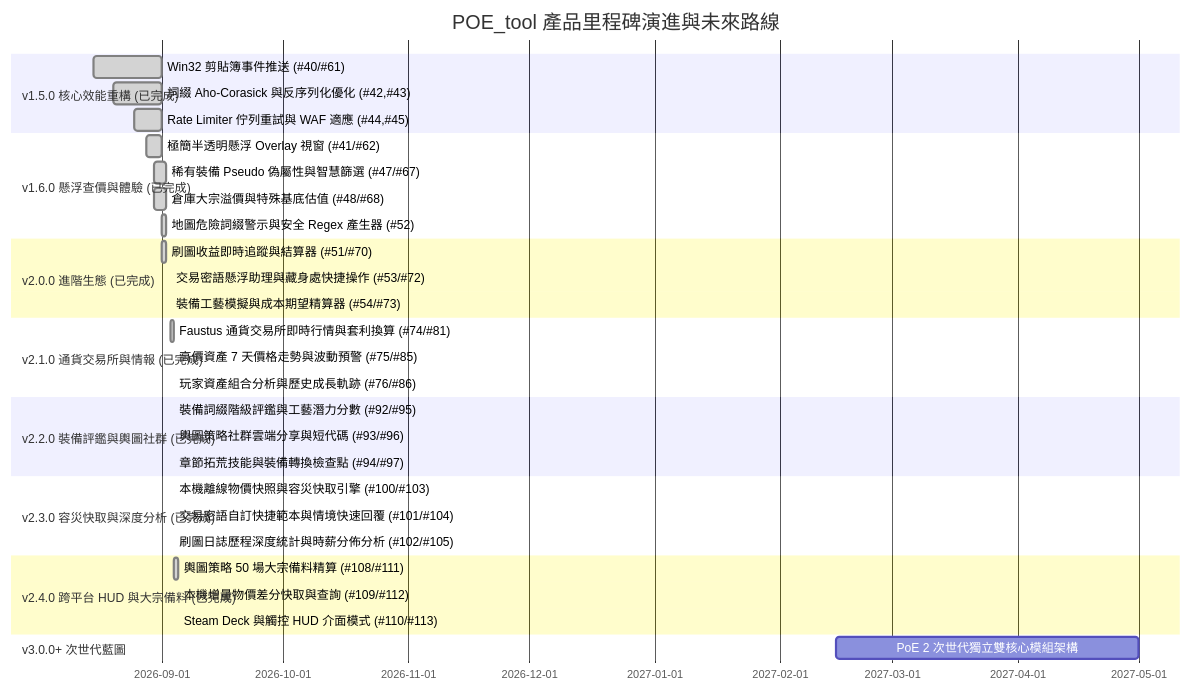
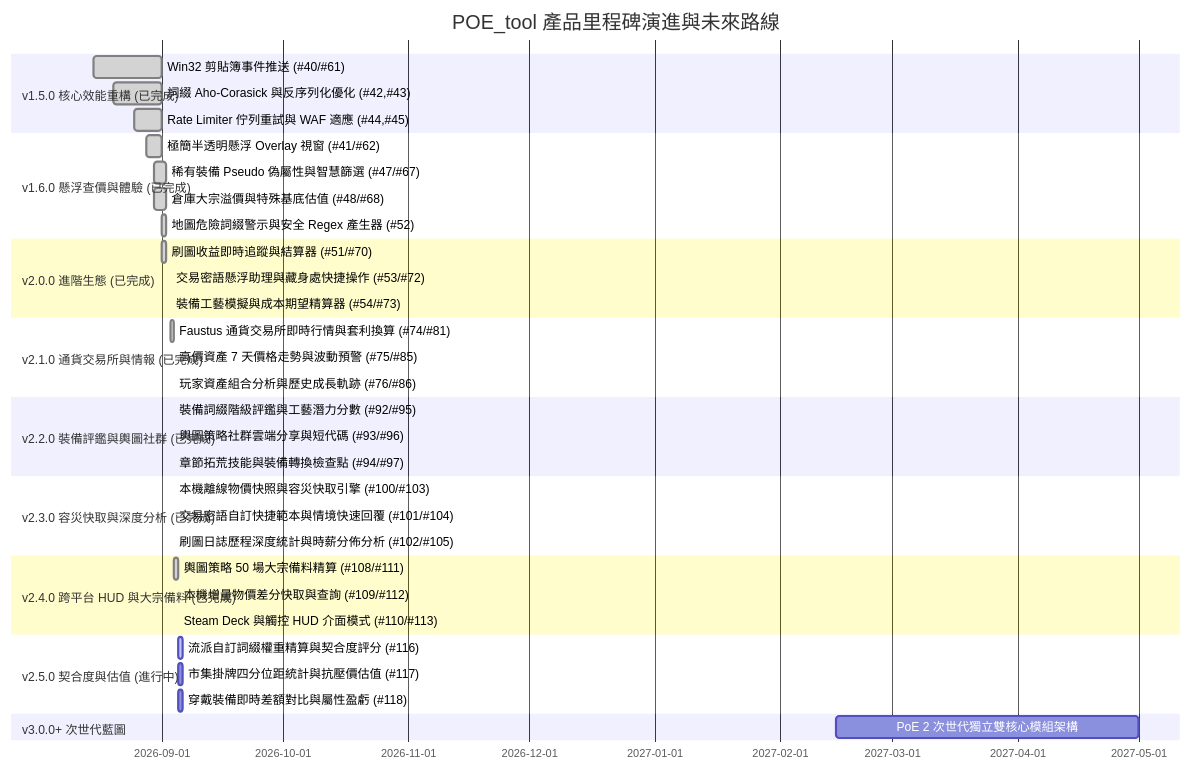
Before and after one commit to saijo0404/POE-tool: the diagram in ROADMAP.md, drawn with Mermaid. The commit also changed other lines of this file, not shown here.

Commit message:
docs(roadmap): 規劃 Milestone 8 (v2.5.0) 核心項目與里程碑藍圖

````diff
--- a/ROADMAP.md
+++ b/ROADMAP.md
@@ -50,36 +53,40 @@
 ```mermaid
 gantt
     title POE_tool 產品里程碑演進與未來路線
     dateFormat  YYYY-MM-DD
     section v1.5.0 核心效能重構 (已完成)
     Win32 剪貼簿事件推送 (#40/#61)           :done,    m1_1, 2026-08-15, 2026-09-01
     詞綴 Aho-Corasick 與反序列化優化 (#42,#43) :done,    m1_2, 2026-08-20, 2026-09-01
     Rate Limiter 佇列重試與 WAF 適應 (#44,#45)  :done,    m1_3, 2026-08-25, 2026-09-01
     section v1.6.0 懸浮查價與體驗 (已完成)
     極簡半透明懸浮 Overlay 視窗 (#41/#62)     :done,    m2_1, 2026-08-28, 2026-09-01
     稀有裝備 Pseudo 偽屬性與智慧篩選 (#47/#67) :done,    m2_2, 2026-08-30, 2026-09-02
     倉庫大宗溢價與特殊基底估值 (#48/#68)      :done,    m2_3, 2026-08-30, 2026-09-02
     地圖危險詞綴警示與安全 Regex 產生器 (#52)  :done,    m2_4, 2026-09-01, 2026-09-02
     section v2.0.0 進階生態 (已完成)
     刷圖收益即時追蹤與結算器 (#51/#70)        :done,    m3_1, 2026-09-01, 2026-09-02
     交易密語懸浮助理與藏身處快捷操作 (#53/#72) :done,    m3_2, 2026-09-03, 2026-09-03
     裝備工藝模擬與成本期望精算器 (#54/#73)     :done,    m3_3, 2026-09-03, 2026-09-03
     section v2.1.0 通貨交易所與情報 (已完成)
     Faustus 通貨交易所即時行情與套利換算 (#74/#81) :done,    m4_1, 2026-09-03, 2026-09-04
     高價資產 7 天價格走勢與波動預警 (#75/#85)     :done,    m4_2, 2026-09-04, 2026-09-04
     玩家資產組合分析與歷史成長軌跡 (#76/#86)       :done,    m4_3, 2026-09-04, 2026-09-04
     section v2.2.0 裝備評鑑與輿圖社群 (已完成)
     裝備詞綴階級評鑑與工藝潛力分數 (#92/#95)     :done,    m5_1, 2026-09-04, 2026-09-04
     輿圖策略社群雲端分享與短代碼 (#93/#96)       :done,    m5_2, 2026-09-04, 2026-09-04
     章節拓荒技能與裝備轉換檢查點 (#94/#97)       :done,    m5_3, 2026-09-04, 2026-09-04
     section v2.3.0 容災快取與深度分析 (已完成)
     本機離線物價快照與容災快取引擎 (#100/#103)    :done,    m6_1, 2026-09-04, 2026-09-04
     交易密語自訂快捷範本與情境快速回覆 (#101/#104) :done,    m6_2, 2026-09-04, 2026-09-04
     刷圖日誌歷程深度統計與時薪分佈分析 (#102/#105) :done,    m6_3, 2026-09-04, 2026-09-04
     section v2.4.0 跨平台 HUD 與大宗備料 (已完成)
     輿圖策略 50 場大宗備料精算 (#108/#111)       :done,    m7_1, 2026-09-04, 2026-09-05
     本機增量物價差分快取與查詢 (#109/#112)       :done,    m7_2, 2026-09-05, 2026-09-05
     Steam Deck 與觸控 HUD 介面模式 (#110/#113)  :done,    m7_3, 2026-09-05, 2026-09-05
+    section v2.5.0 契合度與估值 (進行中)
+    流派自訂詞綴權重精算與契合度評分 (#116)      :active,  m8_1, 2026-09-05, 2026-09-06
+    市集掛牌四分位距統計與抗壓價估值 (#117)      :         m8_2, 2026-09-05, 2026-09-06
+    穿戴裝備即時差額對比與屬性盈虧 (#118)        :         m8_3, 2026-09-05, 2026-09-06
     section v3.0.0+ 次世代藍圖
-    PoE 2 次世代獨立雙核心模組架構           :         m8_1, 2027-02-15, 2027-05-01
+    PoE 2 次世代獨立雙核心模組架構           :         m9_1, 2027-02-15, 2027-05-01
 ```
````
